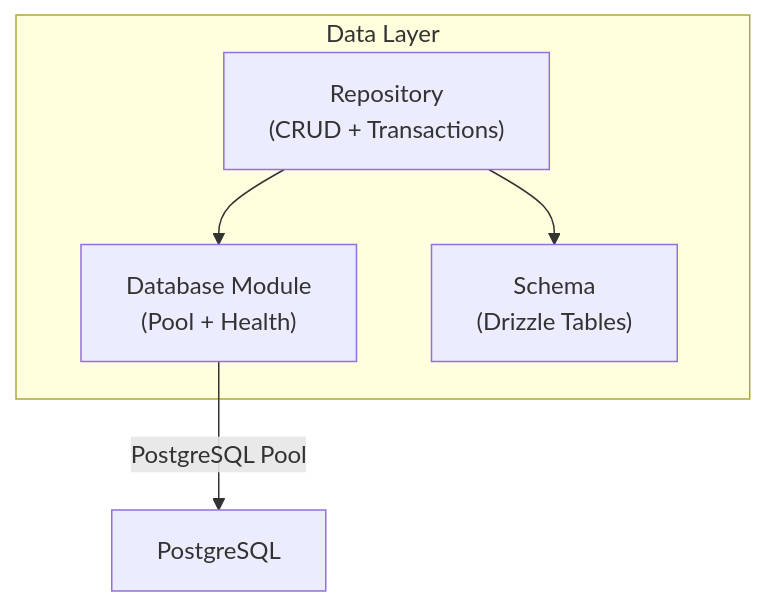
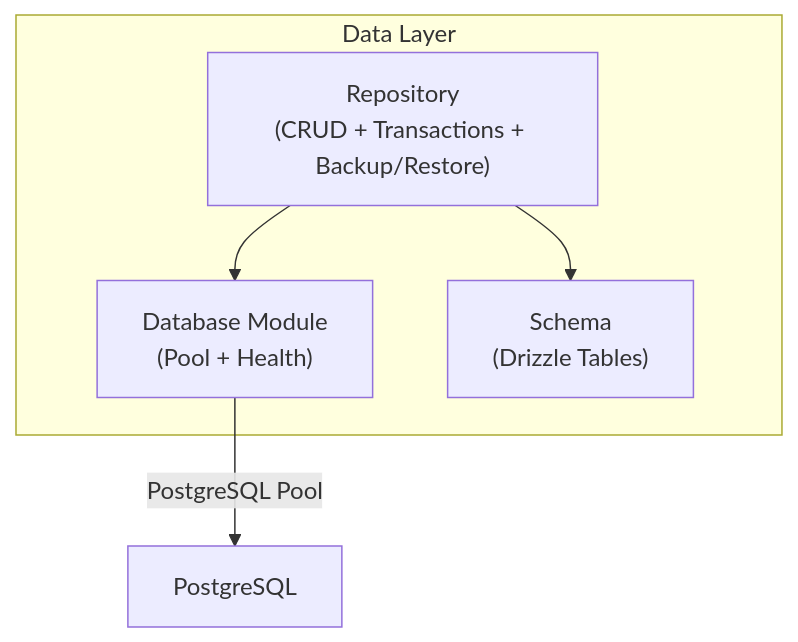
Before and after one commit to djahasiel101600/archivehub: the first of 4 diagrams in .qoder/repowiki/en/content/System Architecture/Database Architecture/Repository Pattern Implementation.md, drawn with Mermaid. The commit also changed other lines of this file and 48 other files, not shown here.

````diff
--- a/.qoder/repowiki/en/content/System Architecture/Database Architecture/Repository Pattern Implementation.md
+++ b/.qoder/repowiki/en/content/System Architecture/Database Architecture/Repository Pattern Implementation.md
@@ -39,11 +39,11 @@
 ```mermaid
 graph TB
 subgraph "Data Layer"
-Repo["Repository<br/>(CRUD + Transactions)"]
+Repo["Repository<br/>(CRUD + Transactions + Backup/Restore)"]
 DBMod["Database Module<br/>(Pool + Health)"]
 Schema["Schema<br/>(Drizzle Tables)"]
 end
 Repo --> DBMod
 Repo --> Schema
 DBMod --> |"PostgreSQL Pool"| PG["PostgreSQL"]
 ```
````
